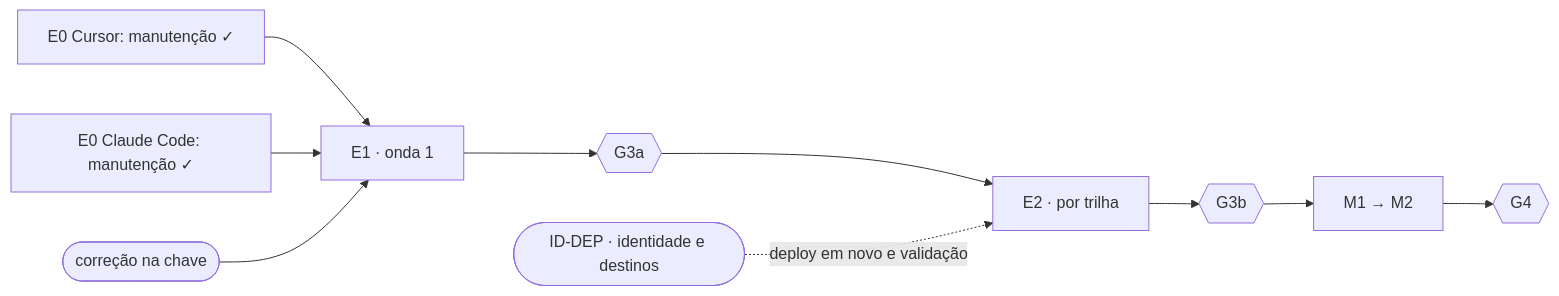
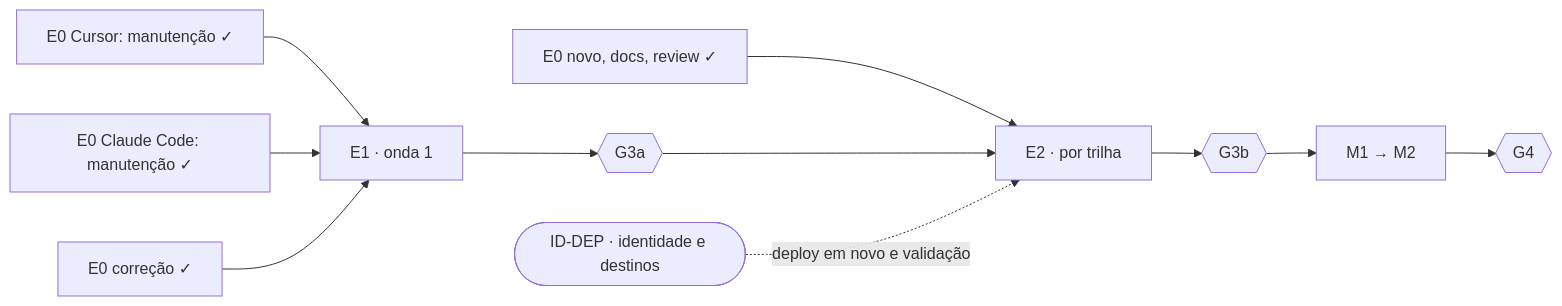
Before and after one commit to Bruno-Primesz-Lauria/avante-harness-engineer: the diagram in PLANO-AGENTES-TRILHAS.md, drawn with Mermaid. The commit also changed other lines of this file and 9 other files, not shown here.

First line of the commit message:
E0: correcao, novo, docs e review obrigatorias nos dois runtimes

````diff
--- a/PLANO-AGENTES-TRILHAS.md
+++ b/PLANO-AGENTES-TRILHAS.md
@@ -148,8 +149,9 @@
 ```mermaid
 flowchart LR
   E0CU["E0 Cursor: manutenção ✓"] --> E1["E1 · onda 1"]
   E0CC["E0 Claude Code: manutenção ✓"] --> E1
-  DEC(["correção na chave"]) --> E1
+  E0CO["E0 correção ✓"] --> E1
+  E0O2["E0 novo, docs, review ✓"] --> E2
   E1 --> G3a{{"G3a"}} --> E2["E2 · por trilha"] --> G3b{{"G3b"}} --> M["M1 → M2"] --> G4{{"G4"}}
   IDDEP(["ID-DEP · identidade e destinos"]) -.->|deploy em novo e validação| E2
 ```
````
